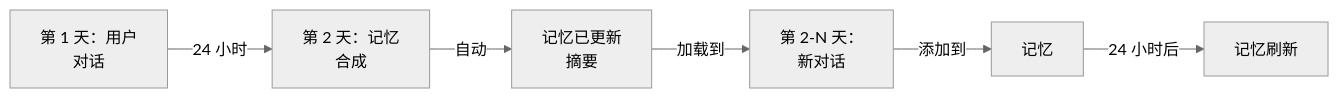
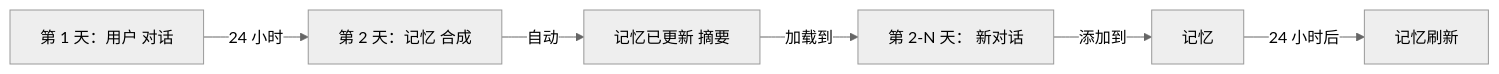
Before and after one commit to Rx782-Fss/claude-howto-zh: diagram 11 of 31 in claude_concepts_guide.md, drawn with Mermaid (neutral theme). The commit also changed other lines of this file and 5 other files, not shown here.

Commit message:
fix: Mermaid 内全角括号/问号/emoji/<br/> 改为半角ASCII避免 GitHub 渲染失败

````diff
--- a/claude_concepts_guide.md
+++ b/claude_concepts_guide.md
@@ -884,8 +884,8 @@
 ```mermaid
 graph LR
-    A["第 1 天：用户<br/>对话"] -->|24 小时| B["第 2 天：记忆<br/>合成"]
-    B -->|自动| C["记忆已更新<br/>摘要"]
-    C -->|加载到| D["第 2-N 天：<br/>新对话"]
+    A["第 1 天：用户 对话"] -->|24 小时| B["第 2 天：记忆 合成"]
+    B -->|自动| C["记忆已更新 摘要"]
+    C -->|加载到| D["第 2-N 天： 新对话"]
     D -->|添加到| E["记忆"]
     E -->|24 小时后| F["记忆刷新"]
 ```
````
